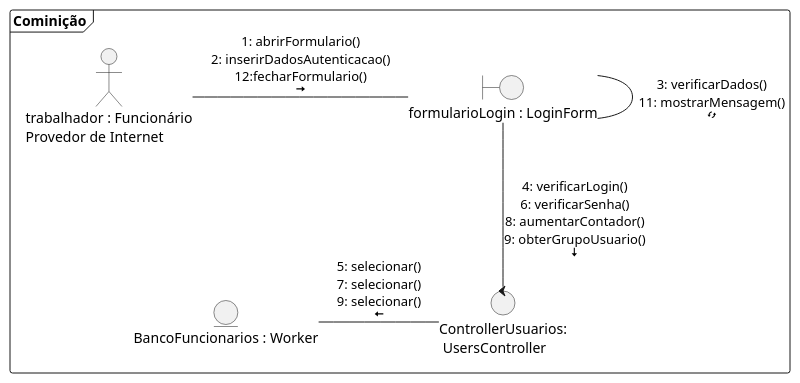
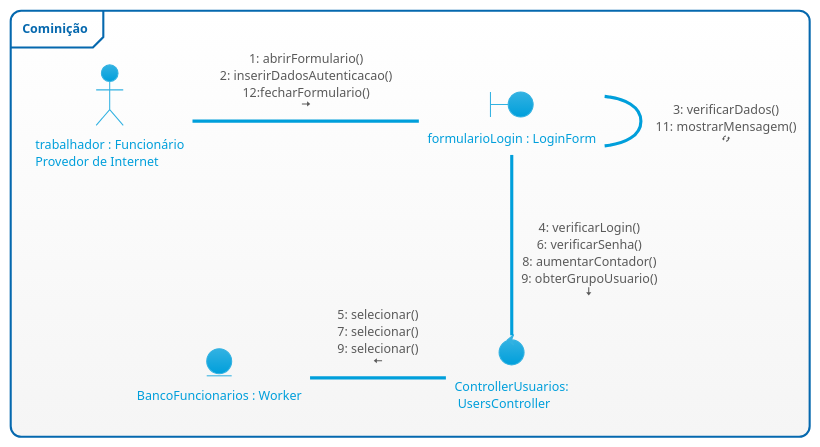
The diagram in UML/DiagramasComportamentais/Comunicacao.puml (LeonardoVieiraGuimaraes/OrientacaoObjetos), drawn with PlantUML before and after one commit. The commit also changed 14 other files, not shown here.

```diff
--- a/UML/DiagramasComportamentais/Comunicacao.puml
+++ b/UML/DiagramasComportamentais/Comunicacao.puml
@@ -1,20 +1,20 @@
-@startuml
-
+@startuml ControleFuncionarios
+!theme bluegray
 frame Cominição {
 
 actor Ator as "trabalhador : Funcionário\nProvedor de Internet"
 boundary View as "formularioLogin : LoginForm"
 control Controller as "ControllerUsuarios:\n UsersController"
 entity Modelo as "BancoFuncionarios : Worker"
 
 Ator - (View): "1: abrirFormulario()\n2: inserirDadosAutenticacao()\n12:fecharFormulario()\n<&arrow-right>"
 View - View : "3: verificarDados()\n11: mostrarMensagem()\n<&loop-circular>"
 (View) -- (Controller) : "4: verificarLogin()\n6: verificarSenha()\n8: aumentarContador()\n9: obterGrupoUsuario()\n<&arrow-bottom>"
 (Controller) -left- (Modelo) : "5: selecionar()\n7: selecionar()\n9: selecionar()\n<&arrow-left>"
 
 'Outros ícones de setas
 '<&arrow-left>
 '<&arrow-right>
 '<&arrow-top>
 '<&arrow-bottom>
 @enduml
```
